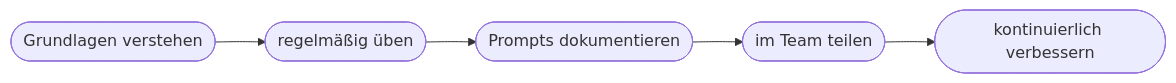
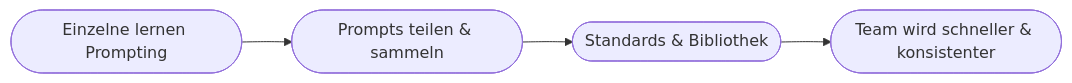
One commit to Qualidy/Prompt-Engineering-KI-in-der-Arbeitswelt changed the second of 2 diagrams in docs/content/kapitel40.md. Above: the diagram before and after it, drawn with Mermaid. The commit also changed other lines of this file and 80 other files, not shown here.

````diff
--- a/docs/content/kapitel40.md
+++ b/docs/content/kapitel40.md
@@ -27,7 +59,6 @@
 ```mermaid
 flowchart LR
-    A([Grundlagen verstehen]) --> B([regelmäßig üben])
-    B --> C([Prompts dokumentieren])
-    C --> D([im Team teilen])
-    D --> E([kontinuierlich verbessern])
+    A([Einzelne lernen Prompting]) --> B([Prompts teilen & sammeln])
+    B --> C([Standards & Bibliothek])
+    C --> D([Team wird schneller & konsistenter])
 ```
````
